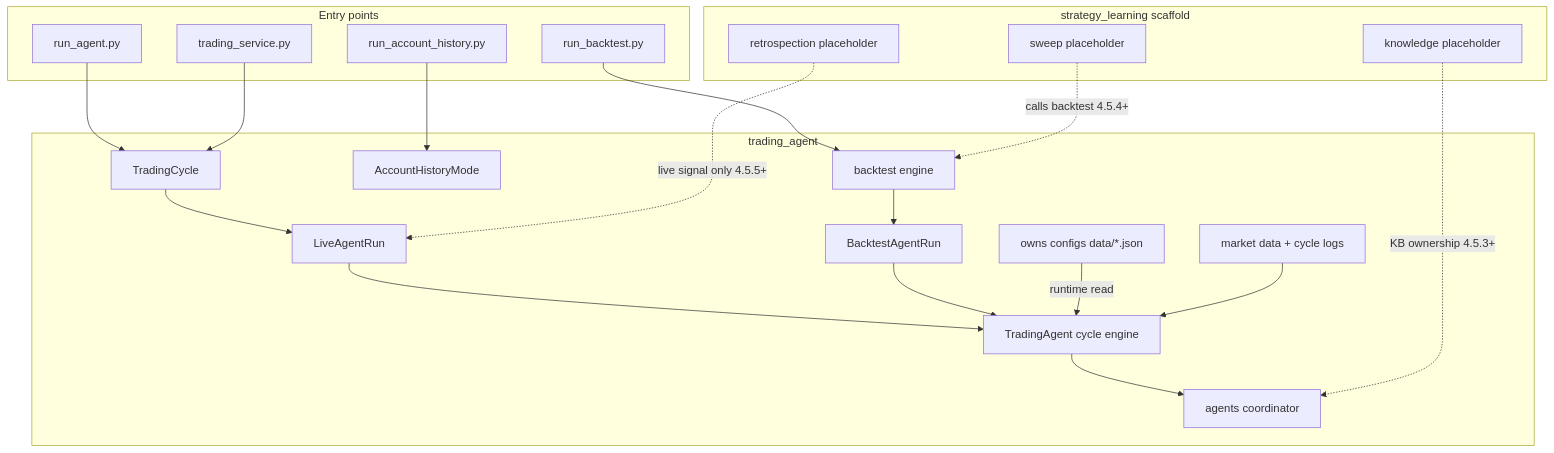
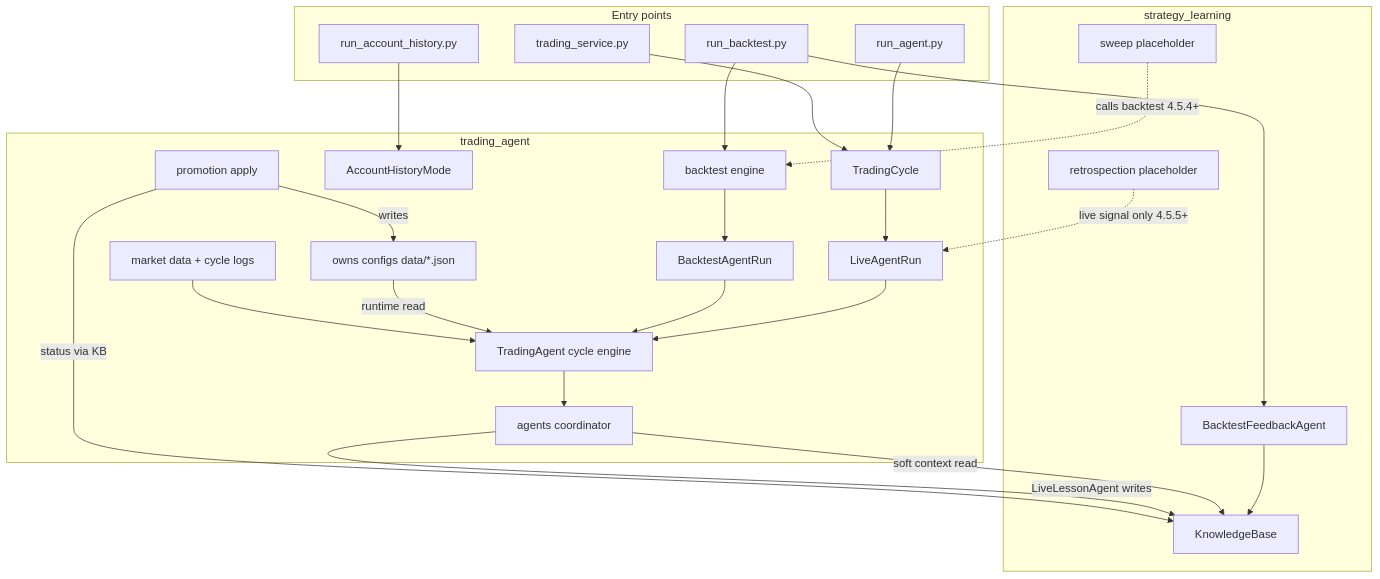
Before and after one commit to yetigong/trading-agent: the first of 2 diagrams in docs/PROJECT_PLAN.md, drawn with Mermaid. The commit also changed other lines of this file and 31 other files, not shown here.

First line of the commit message:
Move knowledge base ownership into strategy_learning (Phase 4.5.3).

````diff
--- a/docs/PROJECT_PLAN.md
+++ b/docs/PROJECT_PLAN.md
@@ -20,37 +20,43 @@
 ```mermaid
 flowchart TB
     subgraph entry [Entry points]
         RA[run_agent.py]
         RAH[run_account_history.py]
         RBT[run_backtest.py]
         TS[trading_service.py]
     end
 
     subgraph ta [trading_agent]
         TC[TradingCycle]
         Live[LiveAgentRun]
         BTRun[BacktestAgentRun]
         TA[TradingAgent cycle engine]
         AHM[AccountHistoryMode]
         AG[agents coordinator]
         BT[backtest engine]
         Cfg["owns configs data/*.json"]
         MD[market data + cycle logs]
+        Promo[promotion apply]
     end
 
-    subgraph sl [strategy_learning scaffold]
-        SLK[knowledge placeholder]
+    subgraph sl [strategy_learning]
+        SLK[KnowledgeBase]
         SLS[sweep placeholder]
         SLR[retrospection placeholder]
+        FB[BacktestFeedbackAgent]
     end
 
     RA --> TC --> Live --> TA --> AG
     TS --> TC
     RAH --> AHM
     RBT --> BT --> BTRun --> TA
+    RBT --> FB --> SLK
     Cfg -->|"runtime read"| TA
     MD --> TA
-    SLK -.->|"KB ownership 4.5.3+"| AG
+    AG -->|"soft context read"| SLK
+    AG -->|"LiveLessonAgent writes"| SLK
+    Promo -->|"status via KB"| SLK
+    Promo -->|"writes"| Cfg
     SLS -.->|"calls backtest 4.5.4+"| BT
     SLR -.->|"live signal only 4.5.5+"| Live
 ```
````
